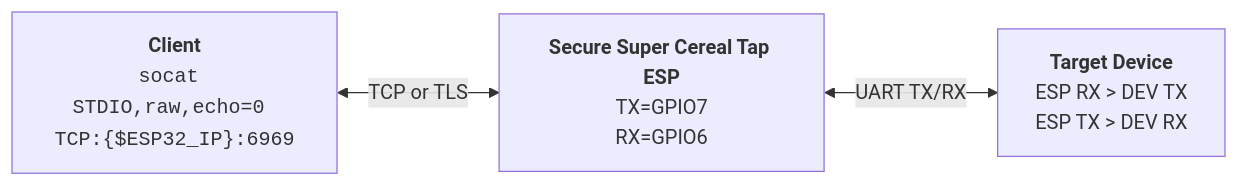
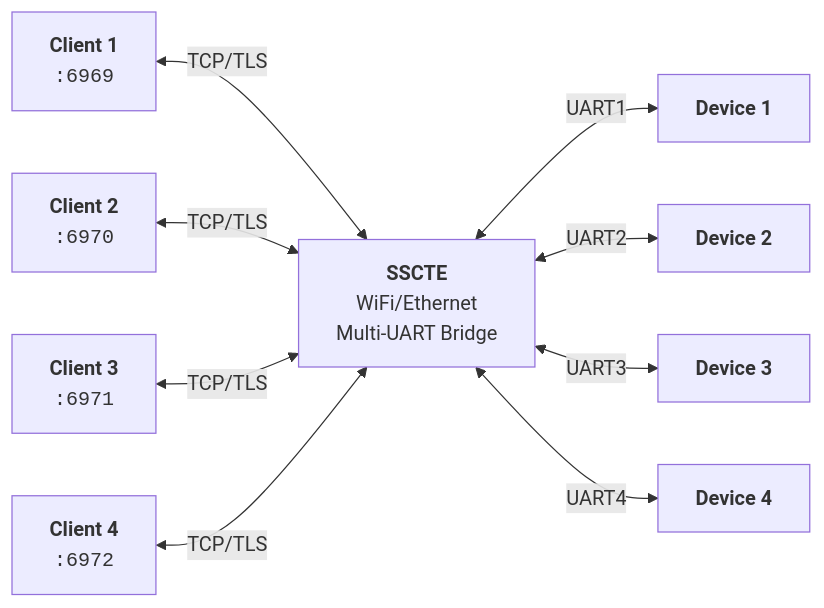
One commit to blark/SSCTE changed the diagram in README.md. Above: the diagram before and after it, drawn with Mermaid. The commit also changed other lines of this file and 9 other files, not shown here.

````diff
--- a/README.md
+++ b/README.md
@@ -4,5 +4,11 @@
 ```mermaid
 flowchart LR
-  Client["<b>Client</b><br/><code>socat STDIO,raw,echo=0 TCP:{$ESP32_IP}:6969</code>"] <-->|TCP or TLS| ESP32["<b>Secure Super Cereal Tap ESP</b><br/>TX=GPIO7<br/>RX=GPIO6"]
-  ESP32 <-->|UART TX/RX| UARTDevice["<b>Target Device</b><br/>ESP RX > DEV TX<br/>ESP TX > DEV RX"]
+  Client1["<b>Client 1</b><br/><code>:6969</code>"] <-->|TCP/TLS| ESP32
+  Client2["<b>Client 2</b><br/><code>:6970</code>"] <-->|TCP/TLS| ESP32
+  Client3["<b>Client 3</b><br/><code>:6971</code>"] <-->|TCP/TLS| ESP32
+  Client4["<b>Client 4</b><br/><code>:6972</code>"] <-->|TCP/TLS| ESP32
+  ESP32["<b>SSCTE</b><br/>WiFi/Ethernet<br/>Multi-UART Bridge"] <-->|UART1| Device1["<b>Device 1</b>"]
+  ESP32 <-->|UART2| Device2["<b>Device 2</b>"]
+  ESP32 <-->|UART3| Device3["<b>Device 3</b>"]
+  ESP32 <-->|UART4| Device4["<b>Device 4</b>"]
 ```
````
